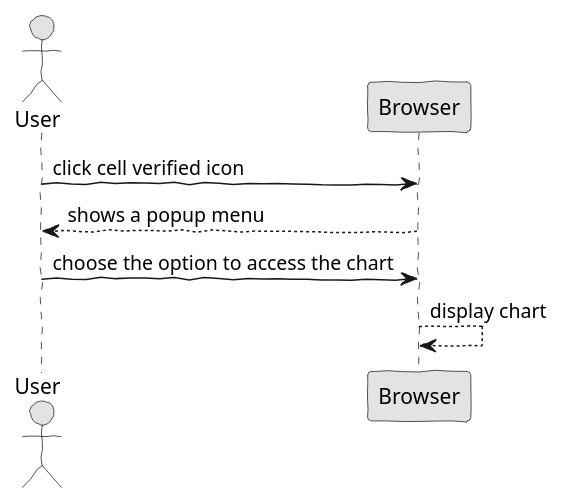
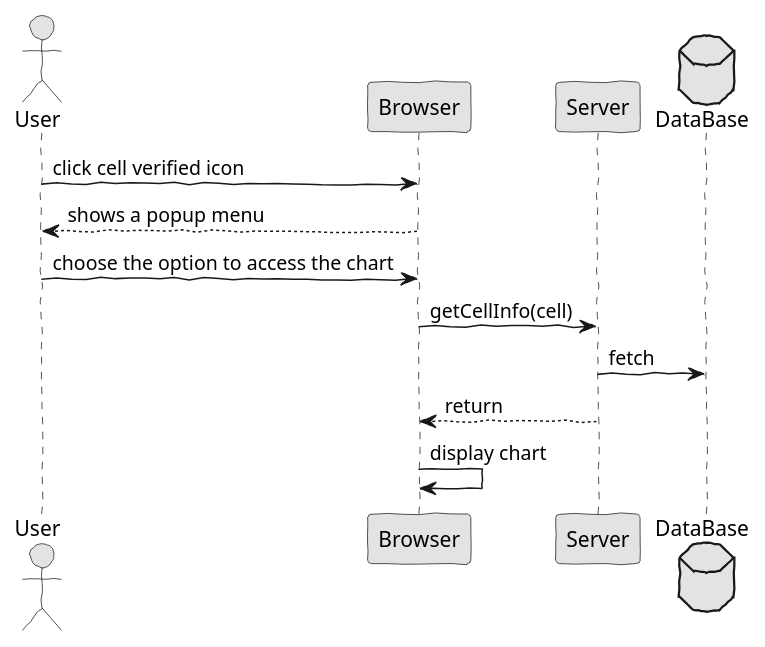
Before and after one commit to Fuel4us/EventManagingApp: the diagram in docs/red/1160630/sp1/analysis4.puml, drawn with PlantUML. The commit also changed 2 other files, not shown here.

```diff
--- a/docs/red/1160630/sp1/analysis4.puml
+++ b/docs/red/1160630/sp1/analysis4.puml
@@ -1,16 +1,20 @@
 @startuml  analysis2.png
 skinparam handwritten true
 skinparam monochrome true
 skinparam packageStyle rect
 skinparam defaultFontName FG Virgil
 skinparam shadowing false
 
 actor User
 
 User -> Browser : click cell verified icon
 Browser --> User : shows a popup menu
 User -> Browser : choose the option to access the chart
-Browser --> Browser : display chart
+Browser -> Server : getCellInfo(cell)
+database DataBase
+Server -> DataBase : fetch
+Server --> Browser : return
+Browser -> Browser : display chart
 
 
 @enduml
```
